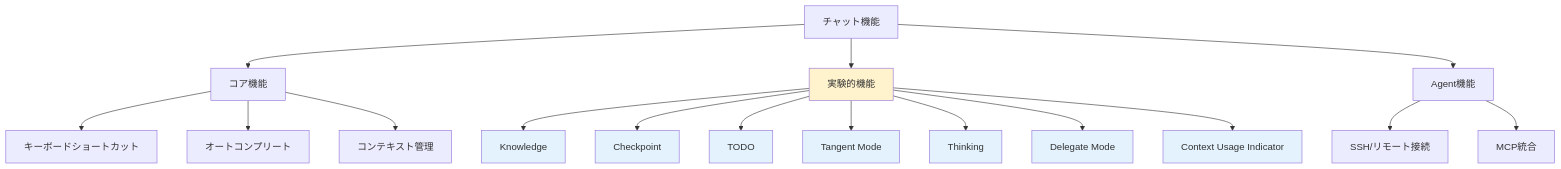
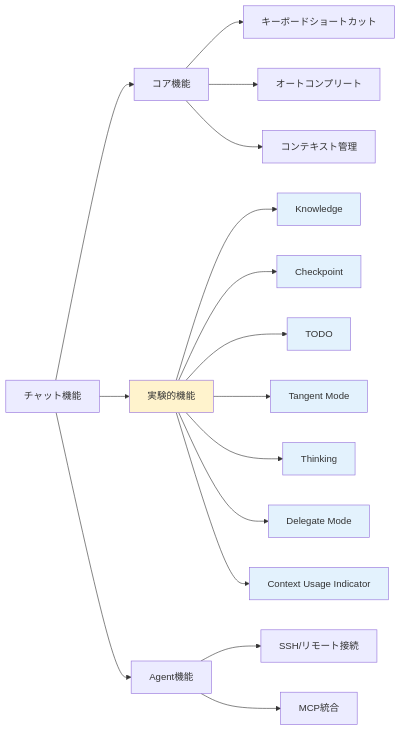
One commit to kamogashira-sys/q-cli-docs changed the diagram in docs/01_for-users/02_features/README.md. Above: the diagram before and after it, drawn with Mermaid.

Commit message:
fix: 機能関係図を左から右のレイアウトに変更
- graph TB → graph LR に変更
- 可読性を向上（文字サイズが大きくなる）

````diff
--- a/docs/01_for-users/02_features/README.md
+++ b/docs/01_for-users/02_features/README.md
@@ -44,30 +44,30 @@
 ```mermaid
-graph TB
+graph LR
     Chat[チャット機能] --> Core[コア機能]
     Chat --> Exp[実験的機能]
     Chat --> Agent[Agent機能]
     
     Core --> Keyboard[キーボードショートカット]
     Core --> Autocomplete[オートコンプリート]
     Core --> Context[コンテキスト管理]
     
     Exp --> Knowledge[Knowledge]
     Exp --> Checkpoint[Checkpoint]
     Exp --> TODO[TODO]
     Exp --> Tangent[Tangent Mode]
     Exp --> Thinking[Thinking]
     Exp --> Delegate[Delegate Mode]
     Exp --> ContextUsage[Context Usage Indicator]
     
     Agent --> SSH[SSH/リモート接続]
     Agent --> MCP[MCP統合]
     
     style Exp fill:#fff3cd
     style Knowledge fill:#e3f2fd
     style Checkpoint fill:#e3f2fd
     style TODO fill:#e3f2fd
     style Tangent fill:#e3f2fd
     style Thinking fill:#e3f2fd
     style Delegate fill:#e3f2fd
     style ContextUsage fill:#e3f2fd
 ```
````
